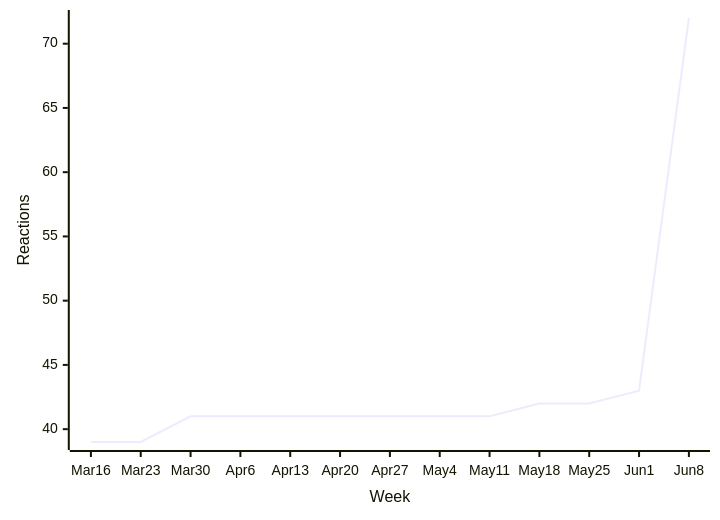
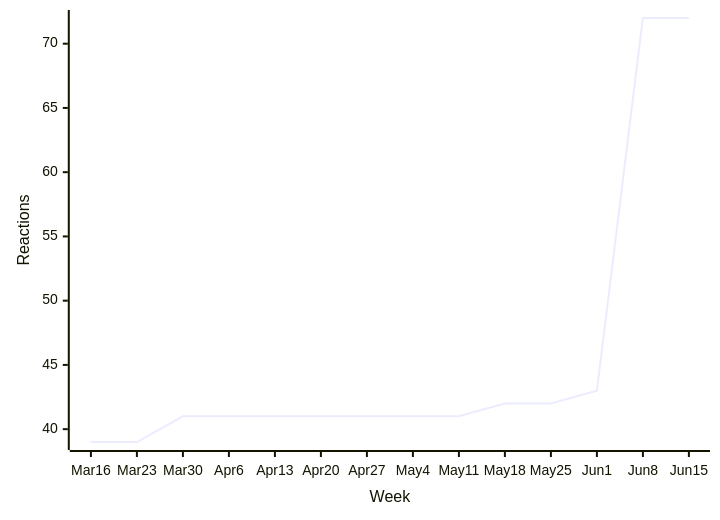
The third of 47 diagrams in README.md (loic-sharma/github-insights), drawn with Mermaid before and after one commit. The commit also changed other lines of this file and 3 other files, not shown here.

````diff
--- a/README.md
+++ b/README.md
@@ -373,6 +373,6 @@
   ```mermaid
   xychart-beta
-    x-axis "Week" [Mar 16, Mar 23, Mar 30, Apr 6, Apr 13, Apr 20, Apr 27, May 4, May 11, May 18, May 25, Jun 1, Jun 8]
+    x-axis "Week" [Mar 16, Mar 23, Mar 30, Apr 6, Apr 13, Apr 20, Apr 27, May 4, May 11, May 18, May 25, Jun 1, Jun 8, Jun 15]
     y-axis "Reactions"
-    line [39, 39, 41, 41, 41, 41, 41, 41, 41, 42, 42, 43, 72]
+    line [39, 39, 41, 41, 41, 41, 41, 41, 41, 42, 42, 43, 72, 72]
   ```
````
